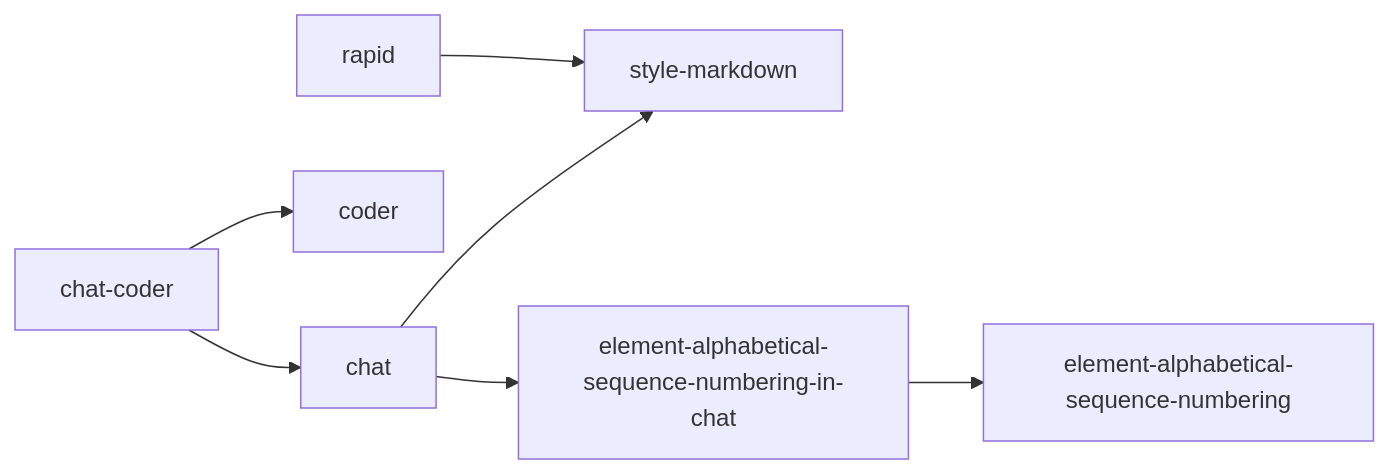
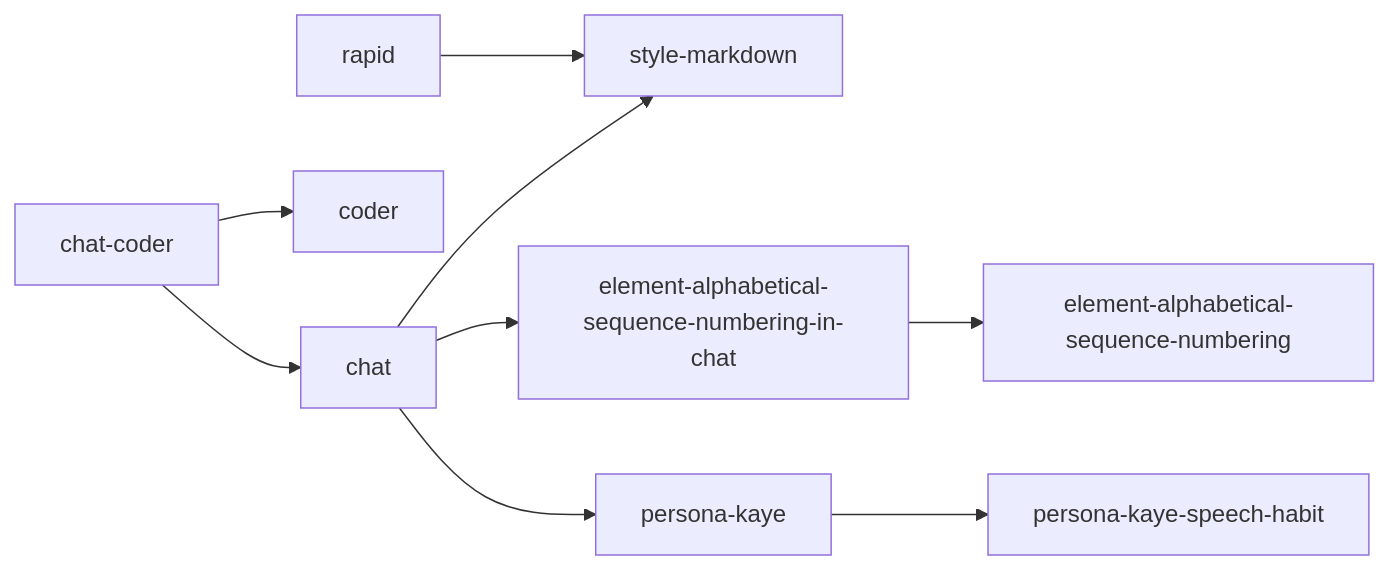
The sixth of 7 diagrams in docs/blueprint-doc.md (kami-lel/kaye-library), drawn with Mermaid before and after one commit. The commit also changed other lines of this file and 9 other files, not shown here.

First line of the commit message:
register chat in every setup, over public Kaye persona

````diff
--- a/docs/blueprint-doc.md
+++ b/docs/blueprint-doc.md
@@ -183,9 +183,11 @@
 ```mermaid
 flowchart LR
     chat --> style_markdown["style-markdown"]
     chat --> element_alphabetical_sequence_numbering_in_chat["element-alphabetical-sequence-numbering-in-chat"]
+    chat --> persona_kaye["persona-kaye"]
+    persona_kaye --> persona_kaye_speech_habit["persona-kaye-speech-habit"]
     element_alphabetical_sequence_numbering_in_chat --> element_alphabetical_sequence_numbering["element-alphabetical-sequence-numbering"]
     chat_coder["chat-coder"] --> chat
     chat_coder --> coder
     rapid --> style_markdown
 ```
````
